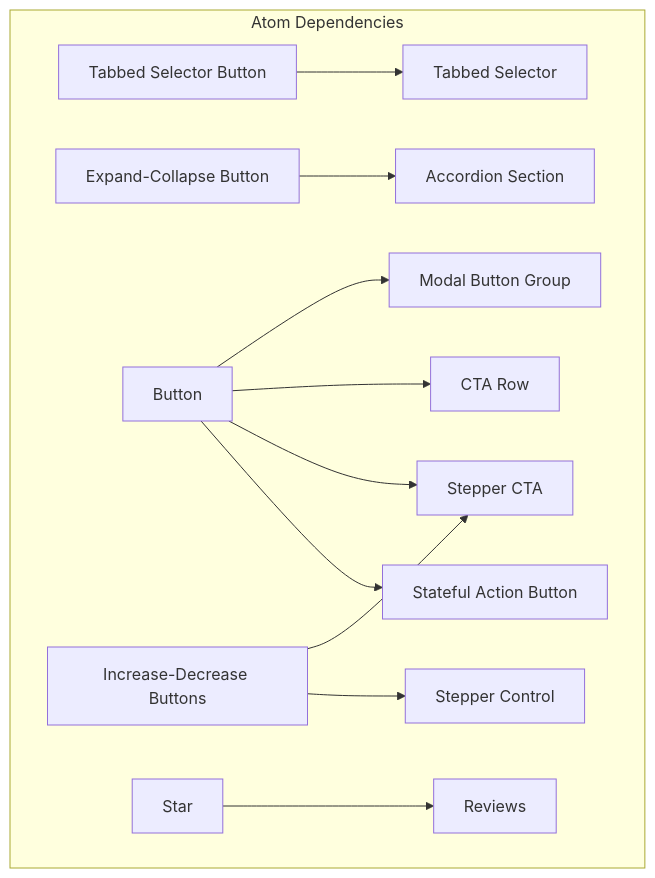
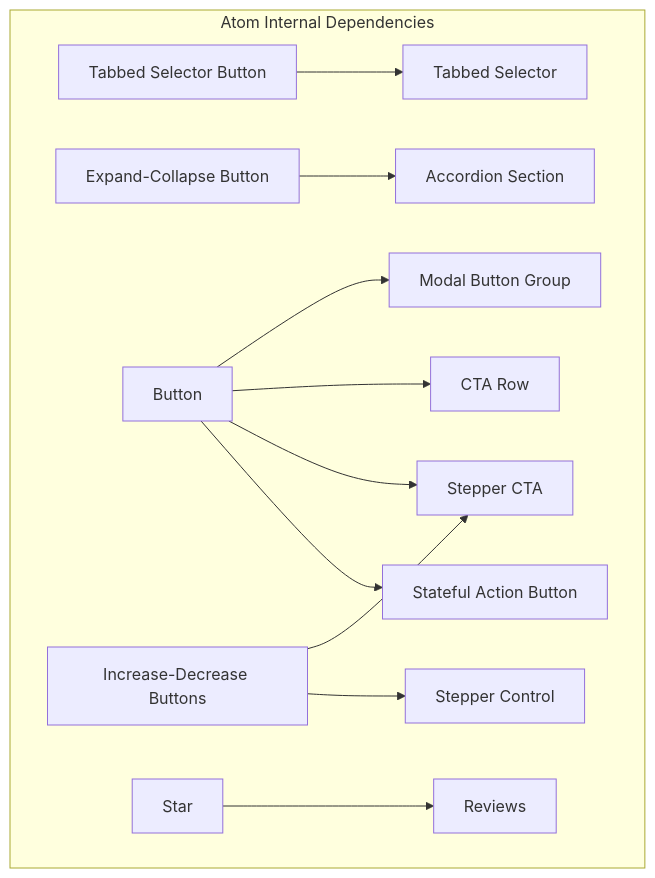
Before and after one commit to calebn/design-system-theme-evolution: the second of 2 diagrams in inventory/docs/06-dependency-graph.md, drawn with Mermaid. The commit also changed other lines of this file and 19 other files, not shown here.

````diff
--- a/inventory/docs/06-dependency-graph.md
+++ b/inventory/docs/06-dependency-graph.md
@@ -193,14 +195,14 @@
 ```mermaid
 graph TD
-  subgraph atomDeps ["Atom Dependencies"]
+  subgraph atomDeps ["Atom Internal Dependencies"]
     Tabbed_Selector_Button["Tabbed Selector Button"] --> Tabbed_Selector["Tabbed Selector"]
     Expand_Collapse_Button["Expand-Collapse Button"] --> Accordion_Section["Accordion Section"]
     Button["Button"] --> Modal_Button_Group["Modal Button Group"]
     Button["Button"] --> CTA_Row["CTA Row"]
     Increase_Decrease_Buttons["Increase-Decrease Buttons"] --> Stepper_CTA["Stepper CTA"]
     Button["Button"] --> Stepper_CTA["Stepper CTA"]
     Increase_Decrease_Buttons["Increase-Decrease Buttons"] --> Stepper_Control["Stepper Control"]
     Star["Star"] --> Reviews["Reviews"]
     Button["Button"] --> Stateful_Action_Button["Stateful Action Button"]
   end
 ```
````
